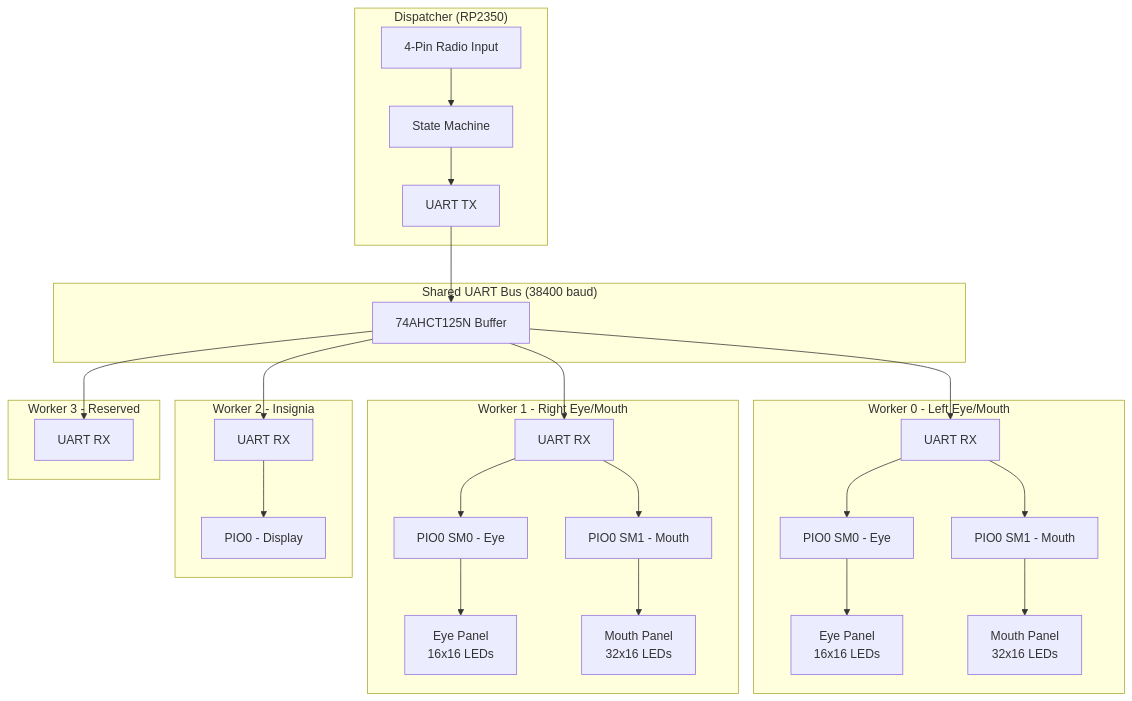
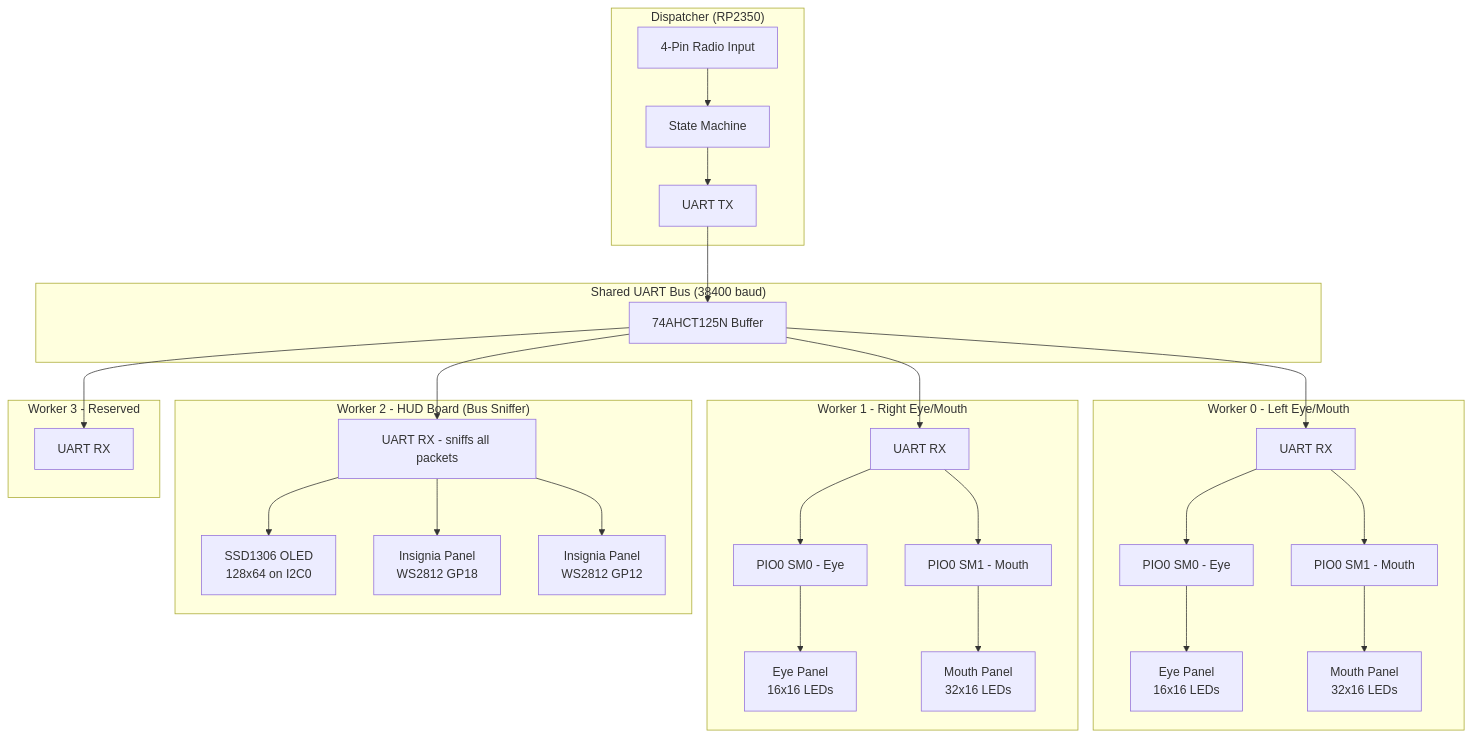
The first of 2 diagrams in README.md (Nifri2/NOS), drawn with Mermaid before and after one commit. The commit also changed other lines of this file and 17 other files, not shown here.

````diff
--- a/README.md
+++ b/README.md
@@ -47,52 +49,55 @@
 ```mermaid
 flowchart TB
     subgraph Dispatcher["Dispatcher (RP2350)"]
         Radio[4-Pin Radio Input]
         State[State Machine]
         TX[UART TX]
     end
 
     subgraph Bus["Shared UART Bus (38400 baud)"]
         Buffer[74AHCT125N Buffer]
     end
 
     subgraph Worker0["Worker 0 - Left Eye/Mouth"]
         RX0[UART RX]
         PIO0_0[PIO0 SM0 - Eye]
         PIO0_1[PIO0 SM1 - Mouth]
         Eye0[Eye Panel\n16x16 LEDs]
         Mouth0[Mouth Panel\n32x16 LEDs]
     end
 
     subgraph Worker1["Worker 1 - Right Eye/Mouth"]
         RX1[UART RX]
         PIO1_0[PIO0 SM0 - Eye]
         PIO1_1[PIO0 SM1 - Mouth]
         Eye1[Eye Panel\n16x16 LEDs]
         Mouth1[Mouth Panel\n32x16 LEDs]
     end
 
-    subgraph Worker2["Worker 2 - Insignia"]
-        RX2[UART RX]
-        PIO2[PIO0 - Display]
+    subgraph Worker2["Worker 2 - HUD Board (Bus Sniffer)"]
+        RX2[UART RX - sniffs all packets]
+        OLED2[SSD1306 OLED\n128x64 on I2C0]
+        Insignia2_0[Insignia Panel\nWS2812 GP18]
+        Insignia2_1[Insignia Panel\nWS2812 GP12]
     end
 
     subgraph Worker3["Worker 3 - Reserved"]
         RX3[UART RX]
     end
 
     Radio --> State
     State --> TX
     TX --> Buffer
     Buffer --> RX0 & RX1 & RX2 & RX3
 
     RX0 --> PIO0_0 & PIO0_1
     PIO0_0 --> Eye0
     PIO0_1 --> Mouth0
 
     RX1 --> PIO1_0 & PIO1_1
     PIO1_0 --> Eye1
     PIO1_1 --> Mouth1
 
-    RX2 --> PIO2
+    RX2 --> OLED2
+    RX2 --> Insignia2_0 & Insignia2_1
 ```
````
